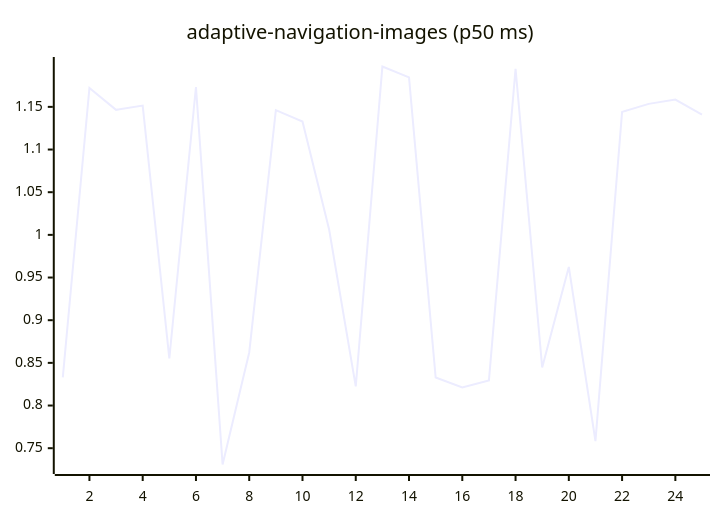
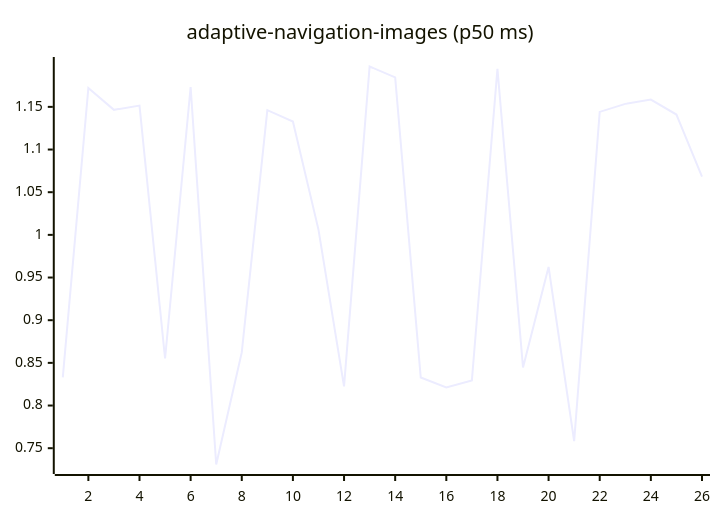
The first of 27 diagrams in README.md (josha/Facet), drawn with Mermaid before and after one commit. The commit also changed other lines of this file and 2 other files, not shown here.

````diff
--- a/README.md
+++ b/README.md
@@ -63,6 +63,6 @@
 ```mermaid
 xychart-beta
     title "adaptive-navigation-images (p50 ms)"
-    x-axis 1 --> 25
-    line [0.8330, 1.1721, 1.1465, 1.1515, 0.8551, 1.1733, 0.7309, 0.8622, 1.1462, 1.1328, 1.0062, 0.8224, 1.1973, 1.1845, 0.8328, 0.8211, 0.8295, 1.1947, 0.8446, 0.9624, 0.7583, 1.1441, 1.1535, 1.1586, 1.1410]
+    x-axis 1 --> 26
+    line [0.8330, 1.1721, 1.1465, 1.1515, 0.8551, 1.1733, 0.7309, 0.8622, 1.1462, 1.1328, 1.0062, 0.8224, 1.1973, 1.1845, 0.8328, 0.8211, 0.8295, 1.1947, 0.8446, 0.9624, 0.7583, 1.1441, 1.1535, 1.1586, 1.1410, 1.0683]
 ```
````
